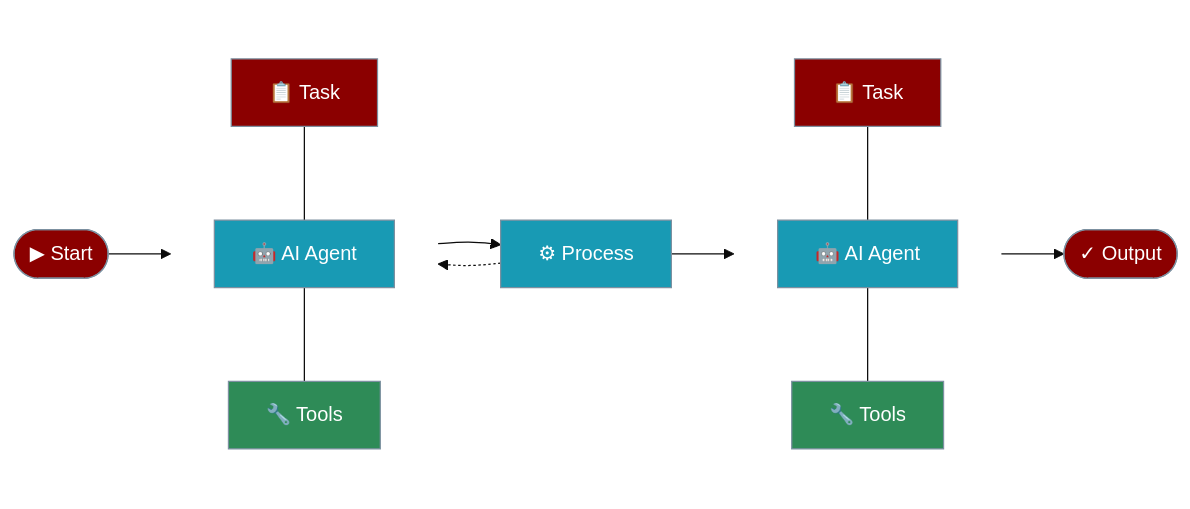
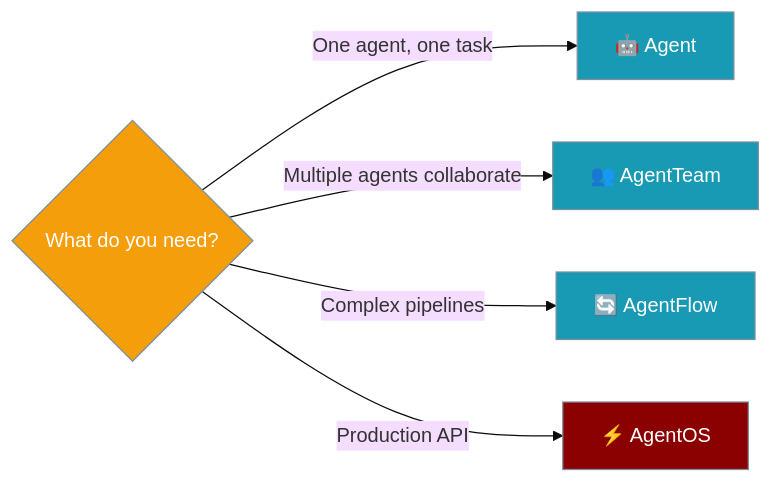
One commit to MervinPraison/PraisonAIDocs changed the second of 2 diagrams in docs/introduction.mdx. Above: the diagram before and after it, drawn with Mermaid (base theme). The commit also changed other lines of this file and 12 other files, not shown here.

````diff
--- a/docs/introduction.mdx
+++ b/docs/introduction.mdx
@@ -18,38 +64,17 @@
 ```mermaid
 graph LR
-    %% Define the main flow
-    Start([▶ Start]) --> Agent1
-    Agent1 --> Process[⚙ Process]
-    Process --> Agent2
-    Agent2 --> Output([✓ Output])
-    Process -.-> Agent1
+    Q{What do you need?}
     
-    %% Define subgraphs for agents and their tasks
-    subgraph Agent1[ ]
-        Task1[📋 Task]
-        AgentIcon1[🤖 AI Agent]
-        Tools1[🔧 Tools]
-        
-        Task1 --- AgentIcon1
-        AgentIcon1 --- Tools1
-    end
+    Q -->|"One agent, one task"| A["🤖 Agent"]
+    Q -->|"Multiple agents collaborate"| B["👥 AgentTeam"]
+    Q -->|"Complex pipelines"| C["🔄 AgentFlow"]
+    Q -->|"Production API"| D["⚡ AgentOS"]
     
-    subgraph Agent2[ ]
-        Task2[📋 Task]
-        AgentIcon2[🤖 AI Agent]
-        Tools2[🔧 Tools]
-        
-        Task2 --- AgentIcon2
-        AgentIcon2 --- Tools2
-    end
-
-    classDef input fill:#8B0000,stroke:#7C90A0,color:#fff
-    classDef process fill:#189AB4,stroke:#7C90A0,color:#fff
-    classDef tools fill:#2E8B57,stroke:#7C90A0,color:#fff
-    classDef transparent fill:none,stroke:none
-
-    class Start,Output,Task1,Task2 input
-    class Process,AgentIcon1,AgentIcon2 process
-    class Tools1,Tools2 tools
-    class Agent1,Agent2 transparent
+    classDef question fill:#F59E0B,stroke:#7C90A0,color:#fff
+    classDef agent fill:#189AB4,stroke:#7C90A0,color:#fff
+    classDef prod fill:#8B0000,stroke:#7C90A0,color:#fff
+    
+    class Q question
+    class A,B,C agent
+    class D prod
 ```
````
